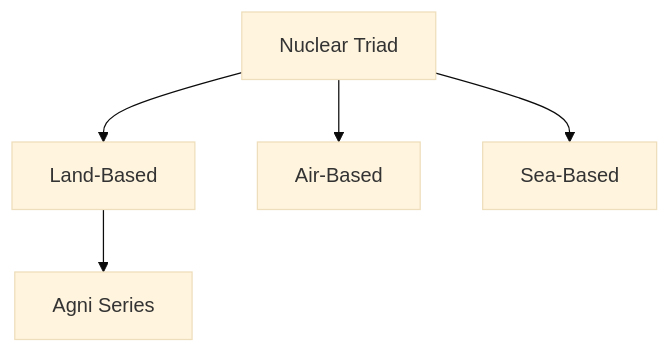
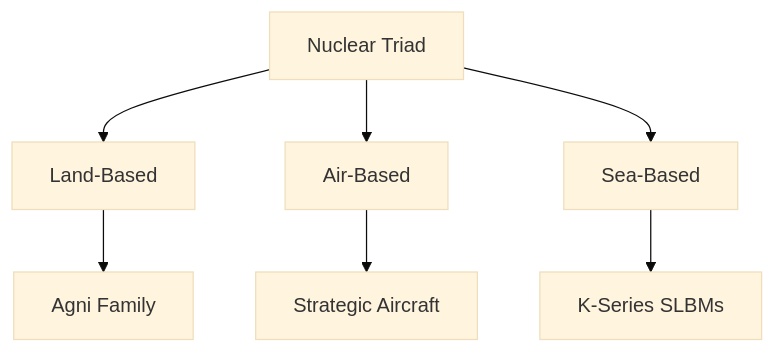
The sixth of 7 diagrams in 05-security/01-defence/strategic/strategic-missiles.md (abhijitxroy/india), drawn with Mermaid (base theme) before and after one commit. The commit also changed other lines of this file and 12 other files, not shown here.

````diff
--- a/05-security/01-defence/strategic/strategic-missiles.md
+++ b/05-security/01-defence/strategic/strategic-missiles.md
@@ -127,10 +468,12 @@
 ```mermaid
 flowchart TD
-    Triad[Nuclear Triad]
+    NuclearTriad[Nuclear Triad]
 
-    Triad --> Land[Land-Based]
-    Triad --> Air[Air-Based]
-    Triad --> Sea[Sea-Based]
+    NuclearTriad --> LandBased[Land-Based]
+    NuclearTriad --> AirBased[Air-Based]
+    NuclearTriad --> SeaBased[Sea-Based]
 
-    Land --> Agni[Agni Series]
+    LandBased --> Agni[Agni Family]
+    AirBased --> Aircraft[Strategic Aircraft]
+    SeaBased --> KSeries[K-Series SLBMs]
 ```
````
